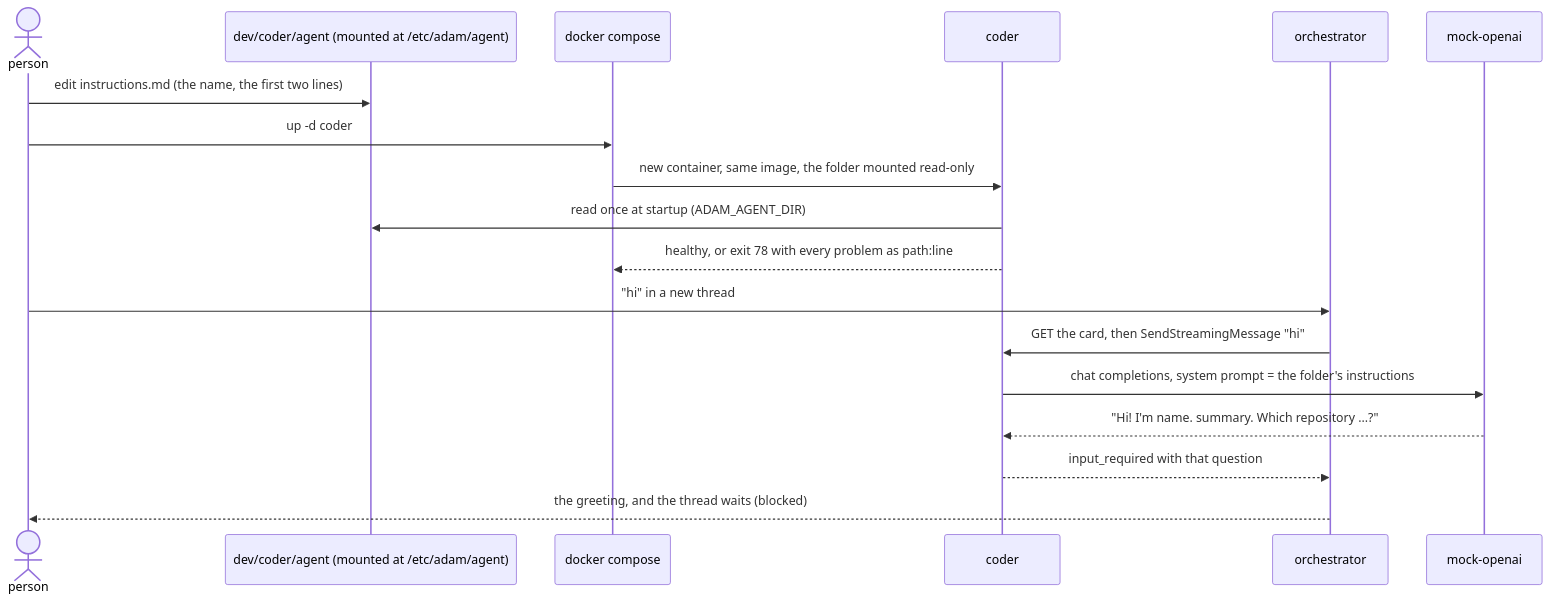
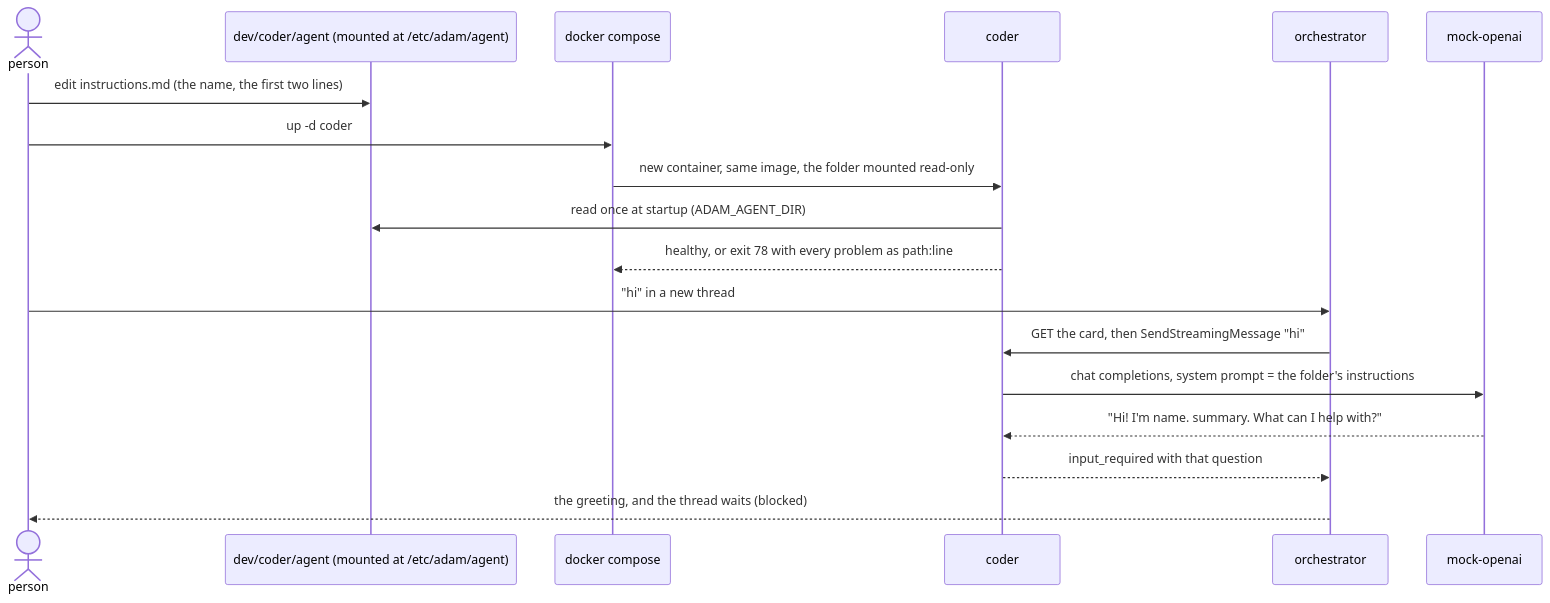
The seventh of 41 diagrams in dev/README.md (vymalo/another-agentic-system), drawn with Mermaid before and after one commit. The commit also changed other lines of this file and 23 other files, not shown here.

````diff
--- a/dev/README.md
+++ b/dev/README.md
@@ -711,20 +711,20 @@
 ```mermaid
 sequenceDiagram
   actor P as person
   participant F as dev/coder/agent (mounted at /etc/adam/agent)
   participant D as docker compose
   participant C as coder
   participant O as orchestrator
   participant M as mock-openai
   P->>F: edit instructions.md (the name, the first two lines)
   P->>D: up -d coder
   D->>C: new container, same image, the folder mounted read-only
   C->>F: read once at startup (ADAM_AGENT_DIR)
   C-->>D: healthy, or exit 78 with every problem as path:line
   P->>O: "hi" in a new thread
   O->>C: GET the card, then SendStreamingMessage "hi"
   C->>M: chat completions, system prompt = the folder's instructions
-  M-->>C: "Hi! I'm name. summary. Which repository ...?"
+  M-->>C: "Hi! I'm name. summary. What can I help with?"
   C-->>O: input_required with that question
   O-->>P: the greeting, and the thread waits (blocked)
 ```
````
